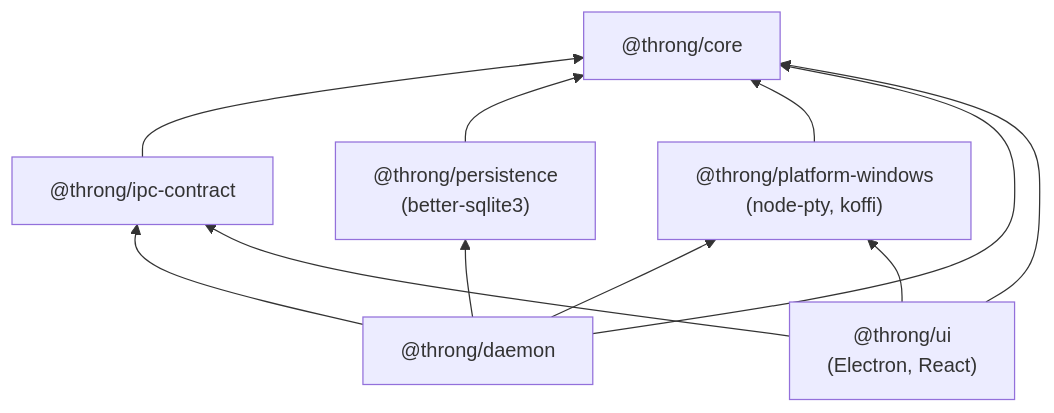
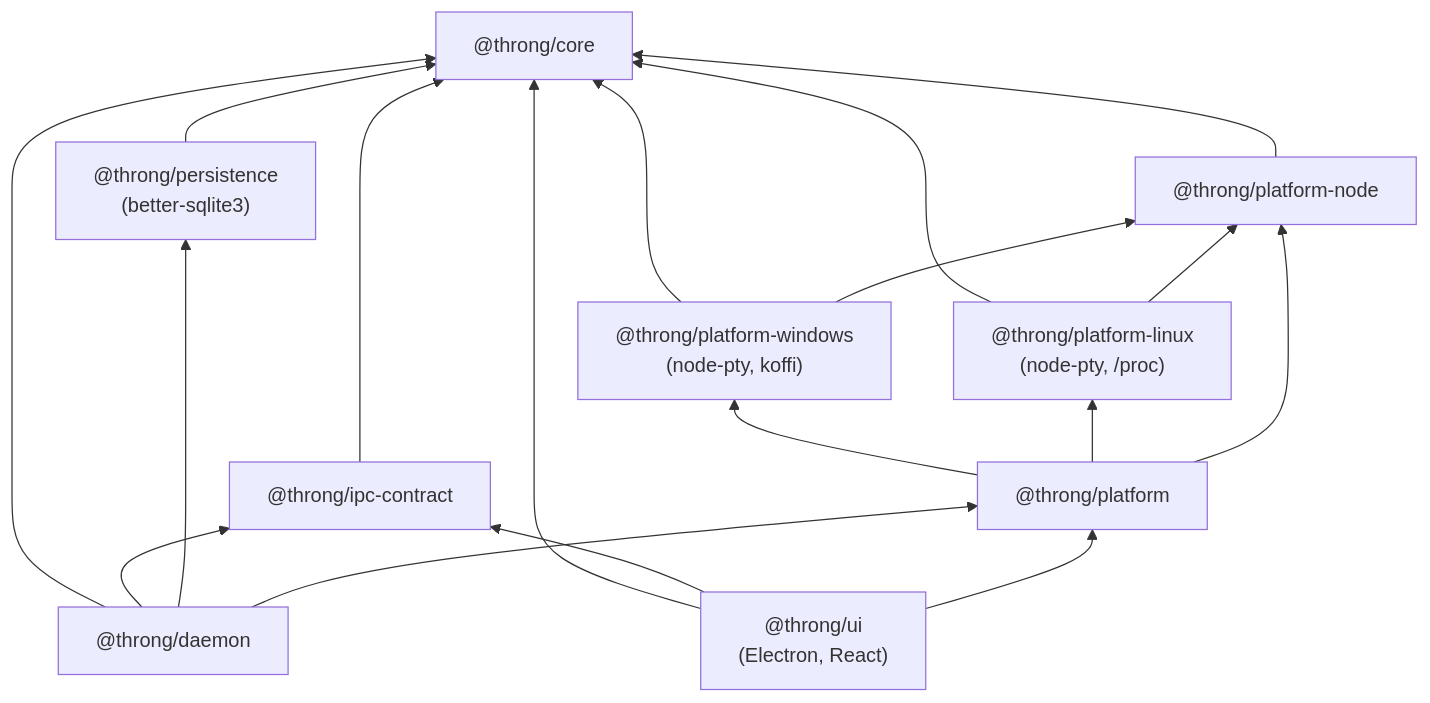
The second of 8 diagrams in docs/architecture.md (Bidthedog/throng), drawn with Mermaid before and after one commit. The commit also changed other lines of this file and 10 other files, not shown here.

````diff
--- a/docs/architecture.md
+++ b/docs/architecture.md
@@ -134,19 +134,29 @@
 ```mermaid
 flowchart BT
   core["@throng/core"]
   ipc["@throng/ipc-contract"]
   pers["@throng/persistence<br/>(better-sqlite3)"]
+  pn["@throng/platform-node"]
   pw["@throng/platform-windows<br/>(node-pty, koffi)"]
+  pl["@throng/platform-linux<br/>(node-pty, /proc)"]
+  ps["@throng/platform"]
   daemon["@throng/daemon"]
   ui["@throng/ui<br/>(Electron, React)"]
   ipc --> core
   pers --> core
+  pn --> core
   pw --> core
+  pw --> pn
+  pl --> core
+  pl --> pn
+  ps --> pw
+  ps --> pl
+  ps --> pn
   daemon --> core
   daemon --> ipc
   daemon --> pers
-  daemon --> pw
+  daemon --> ps
   ui --> core
   ui --> ipc
-  ui --> pw
+  ui --> ps
 ```
````
